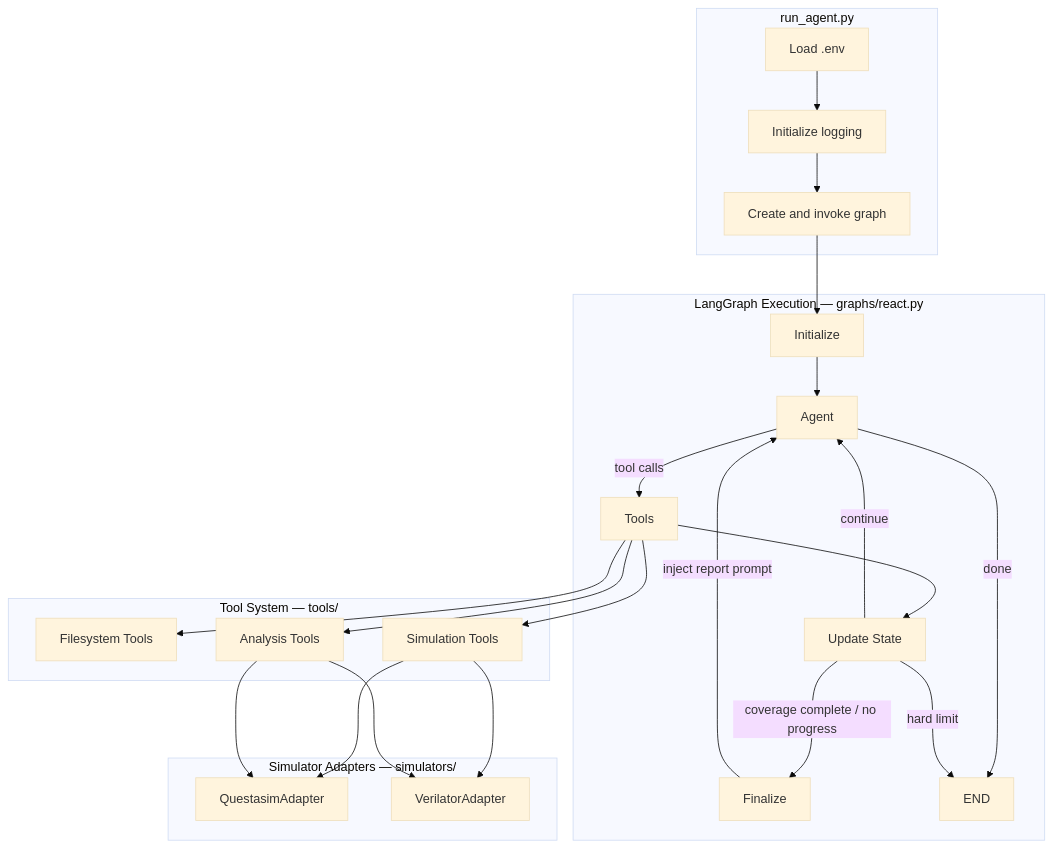
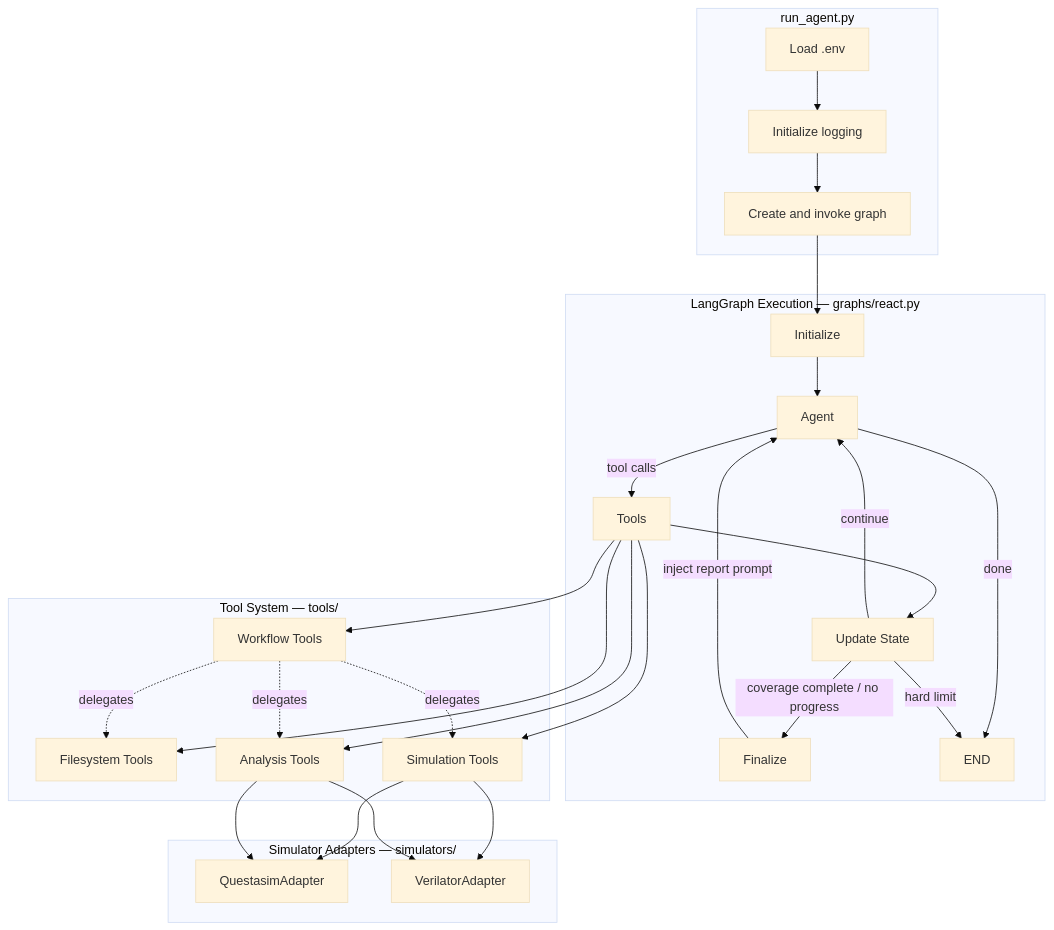
Before and after one commit to advent-lab/llm-verif: the first of 8 diagrams in docs/ARCH.md, drawn with Mermaid (base theme). The commit also changed other lines of this file and 1 other file, not shown here.

````diff
--- a/docs/ARCH.md
+++ b/docs/ARCH.md
@@ -102,37 +102,42 @@
 ```mermaid
 graph TD
     subgraph Entry["run_agent.py"]
         E1[Load .env] --> E2[Initialize logging] --> E3[Create and invoke graph]
     end
 
     subgraph Graph["LangGraph Execution — graphs/react.py"]
         Init[Initialize] --> Agent[Agent]
         Agent -->|tool calls| Tools[Tools]
         Tools --> Update[Update State]
         Update -->|continue| Agent
         Update -->|coverage complete / no progress| Finalize[Finalize]
         Finalize -->|inject report prompt| Agent
         Agent -->|done| Stop[END]
         Update -->|hard limit| Stop
     end
 
     subgraph ToolSystem["Tool System — tools/"]
         FS[Filesystem Tools]
         Sim[Simulation Tools]
         Ana[Analysis Tools]
+        WF[Workflow Tools]
     end
 
     subgraph Adapters["Simulator Adapters — simulators/"]
         QS[QuestasimAdapter]
         VL[VerilatorAdapter]
     end
 
     E3 --> Init
     Tools --> FS
     Tools --> Sim
     Tools --> Ana
+    Tools --> WF
+    WF -.->|delegates| FS
+    WF -.->|delegates| Sim
+    WF -.->|delegates| Ana
     Sim --> QS
     Sim --> VL
     Ana --> QS
     Ana --> VL
 ```
````
